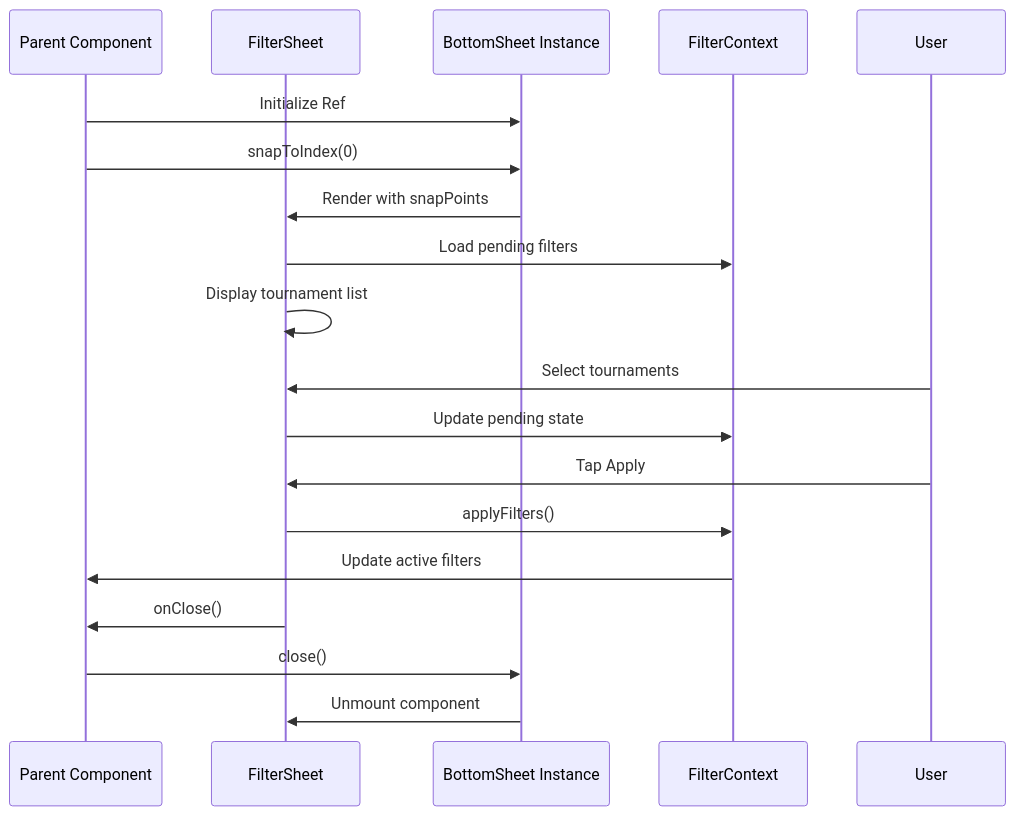
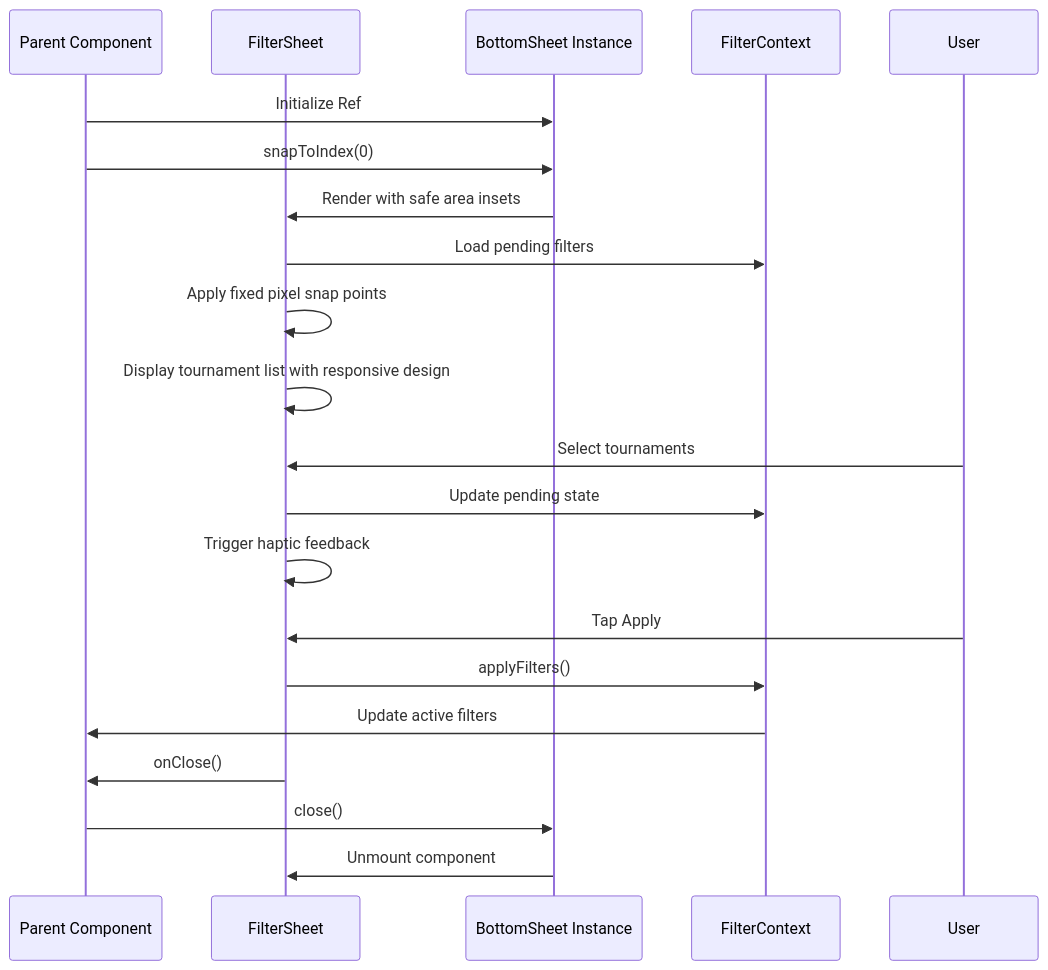
The seventh of 8 diagrams in .qoder/repowiki/en/content/Core Features/Filtering System/Filter Sheet Modal.md (Hasanul-Alam/technical-assignment-digiground), drawn with Mermaid before and after one commit. The commit also changed other lines of this file and 1 other file, not shown here.

First line of the commit message:
docs(filter-sheet): enhance mobile responsiveness with safe area support

````diff
--- a/.qoder/repowiki/en/content/Core Features/Filtering System/Filter Sheet Modal.md
+++ b/.qoder/repowiki/en/content/Core Features/Filtering System/Filter Sheet Modal.md
@@ -276,20 +322,22 @@
 ```mermaid
 sequenceDiagram
 participant Parent as Parent Component
 participant FS as FilterSheet
 participant BS as BottomSheet Instance
 participant FC as FilterContext
 Parent->>BS : Initialize Ref
 Parent->>BS : snapToIndex(0)
-BS->>FS : Render with snapPoints
+BS->>FS : Render with safe area insets
 FS->>FC : Load pending filters
-FS->>FS : Display tournament list
+FS->>FS : Apply fixed pixel snap points
+FS->>FS : Display tournament list with responsive design
 User->>FS : Select tournaments
 FS->>FC : Update pending state
+FS->>FS : Trigger haptic feedback
 User->>FS : Tap Apply
 FS->>FC : applyFilters()
 FC->>Parent : Update active filters
 FS->>Parent : onClose()
 Parent->>BS : close()
 BS->>FS : Unmount component
 ```
````
